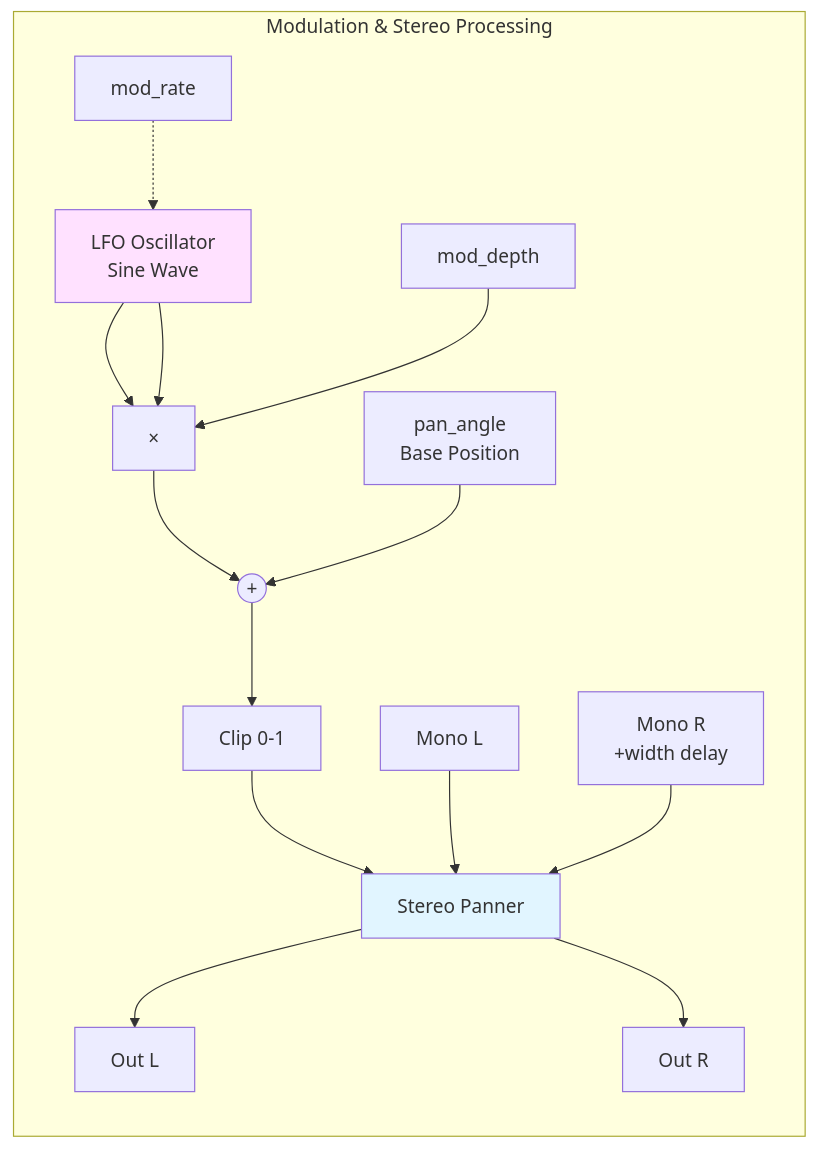
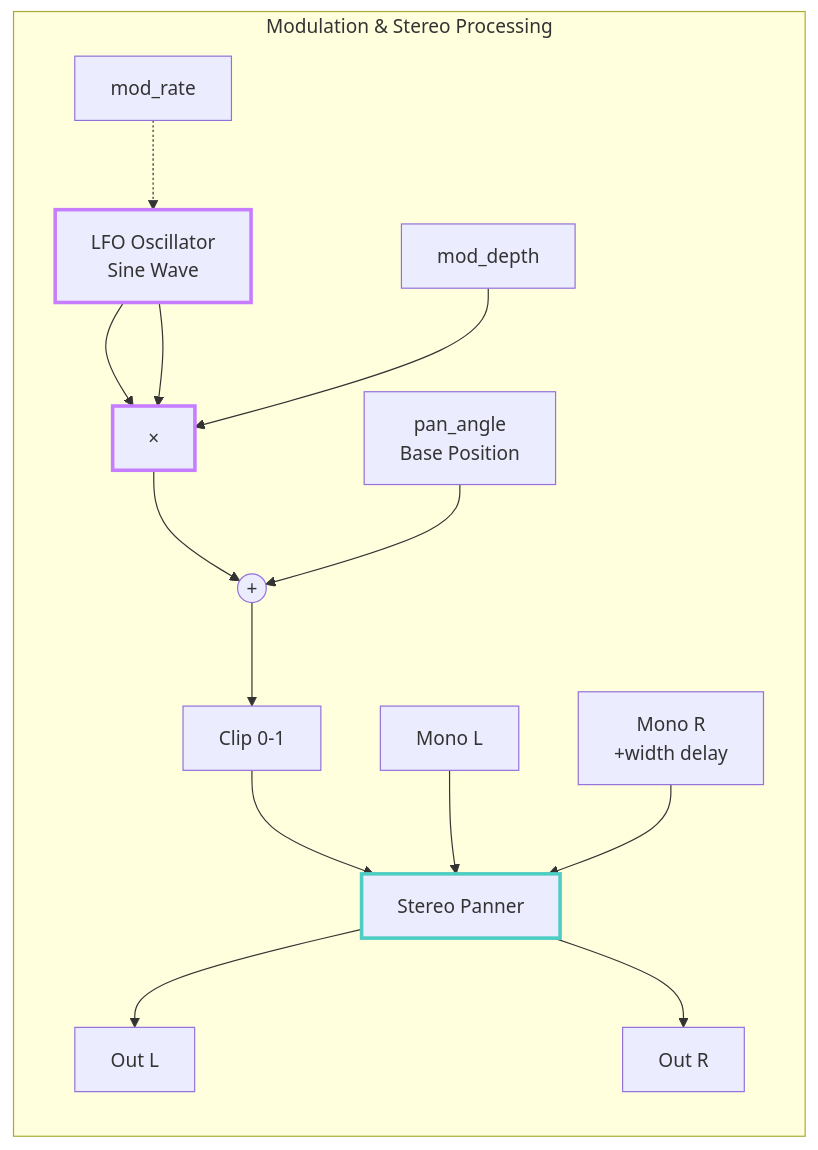
One commit to Ziforge/EKS changed the first of 5 diagrams in README.md. Above: the diagram before and after it, drawn with Mermaid. The commit also changed other lines of this file, not shown here.

First line of the commit message:
Fix Mermaid diagrams: use border colors instead of fills

````diff
--- a/README.md
+++ b/README.md
@@ -63,23 +63,26 @@
 ```mermaid
 graph LR
     subgraph "Modulation & Stereo Processing"
         LFO[LFO Oscillator<br/>Sine Wave] --> MOD[×]
         MR[mod_rate] -.-> LFO
         MD[mod_depth] --> MOD
         LFO --> MOD
 
         PA[pan_angle<br/>Base Position] --> ADD((+))
         MOD --> ADD
         ADD --> CLIP[Clip 0-1]
 
         ML[Mono L] --> SP[Stereo Panner]
         MR2[Mono R<br/>+width delay] --> SP
         CLIP --> SP
 
         SP --> OL[Out L]
         SP --> OR[Out R]
     end
 
-    style LFO fill:#ffe1ff
-    style SP fill:#e1f5ff
+    classDef lfoStyle stroke:#c77dff,stroke-width:3px
+    classDef panStyle stroke:#4ecdc4,stroke-width:3px
+
+    class LFO,MOD lfoStyle
+    class SP panStyle
 ```
````
